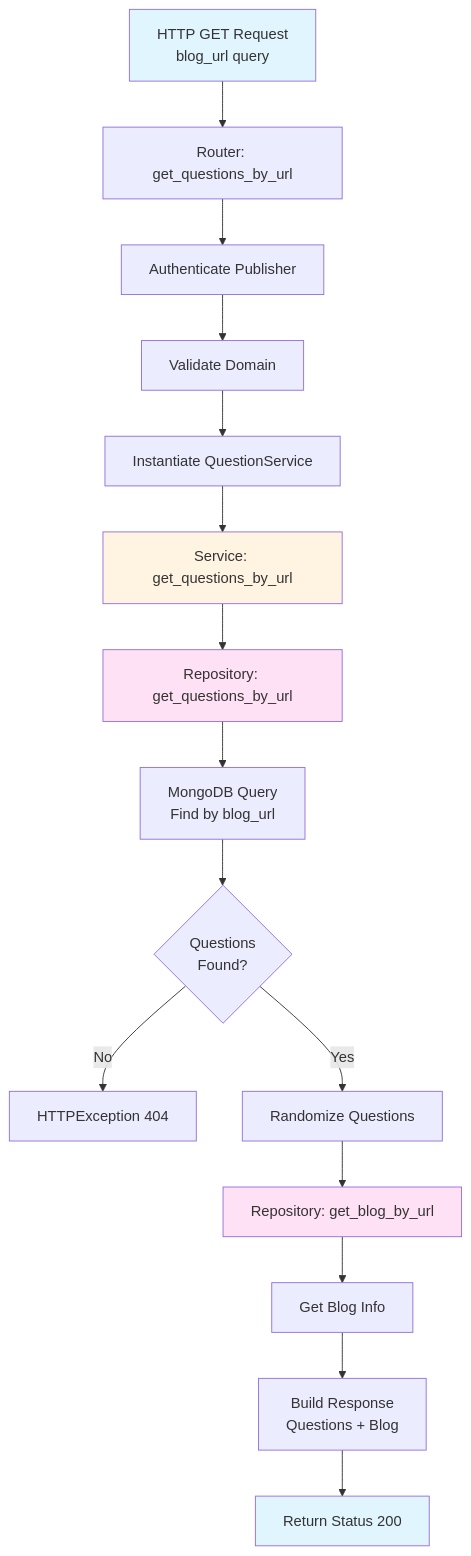
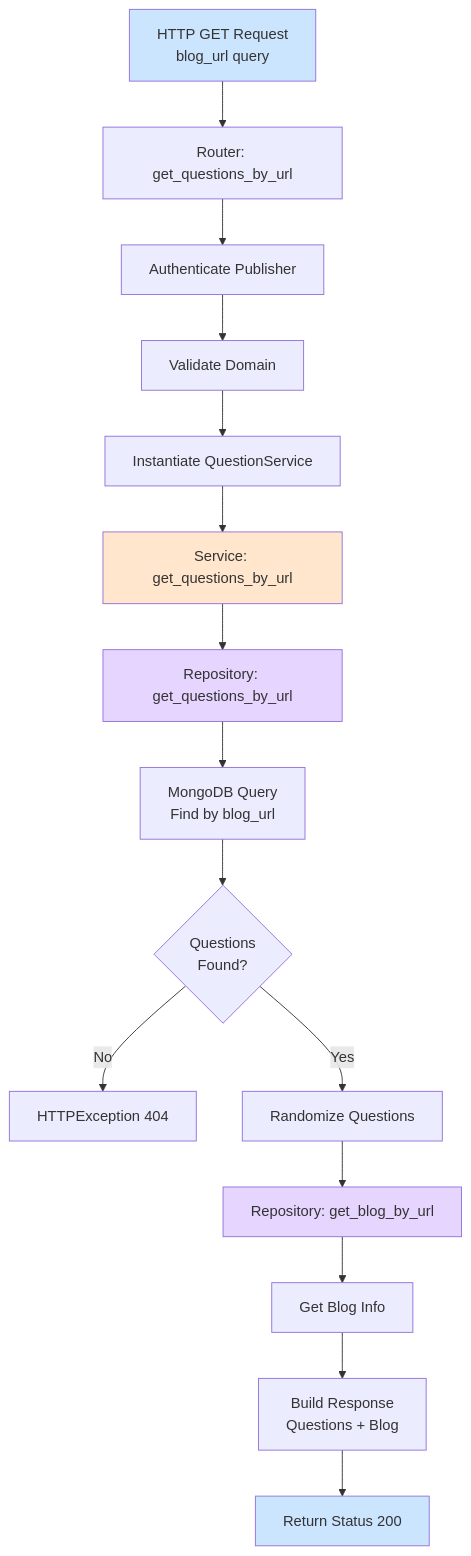
One commit to amitspk/project-x changed the sixth of 12 diagrams in SelfLearning/fyi_widget_api/ENDPOINT_FLOWS_VISUAL.md. Above: the diagram before and after it, drawn with Mermaid. The commit also changed other lines of this file, not shown here.

Commit message:
updated flow diagram

````diff
--- a/SelfLearning/fyi_widget_api/ENDPOINT_FLOWS_VISUAL.md
+++ b/SelfLearning/fyi_widget_api/ENDPOINT_FLOWS_VISUAL.md
@@ -195,23 +195,23 @@
 ```mermaid
 graph TD
     A[HTTP GET Request<br/>blog_url query] --> B[Router: get_questions_by_url]
     B --> C[Authenticate Publisher]
     C --> D[Validate Domain]
     D --> E[Instantiate QuestionService]
     E --> F[Service: get_questions_by_url]
     F --> G[Repository: get_questions_by_url]
     G --> H[MongoDB Query<br/>Find by blog_url]
     H --> I{Questions<br/>Found?}
     I -->|No| J[HTTPException 404]
     I -->|Yes| K[Randomize Questions]
     K --> L[Repository: get_blog_by_url]
     L --> M[Get Blog Info]
     M --> N[Build Response<br/>Questions + Blog]
     N --> O[Return Status 200]
     
-    style A fill:#e1f5ff
-    style F fill:#fff4e1
-    style G fill:#ffe1f5
-    style L fill:#ffe1f5
-    style O fill:#e1f5ff
+    style A fill:#cce5ff
+    style F fill:#ffe6cc
+    style G fill:#e6d5ff
+    style L fill:#e6d5ff
+    style O fill:#cce5ff
 ```
````
